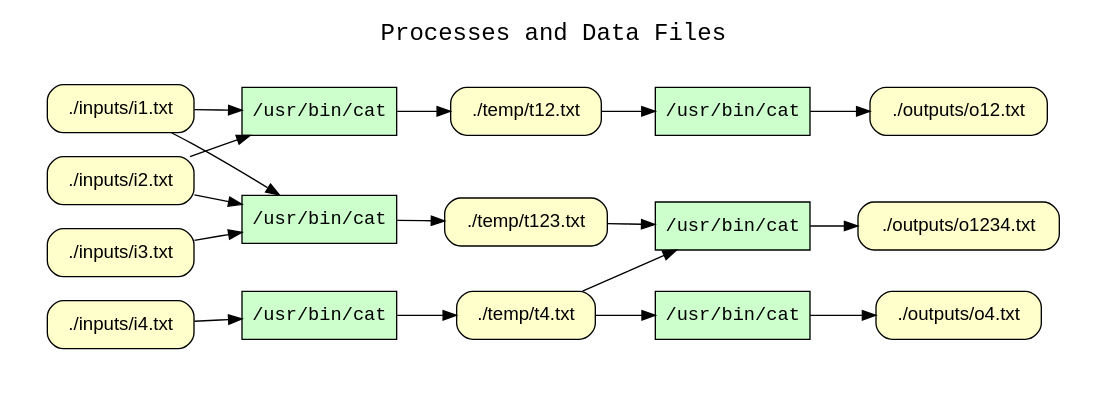
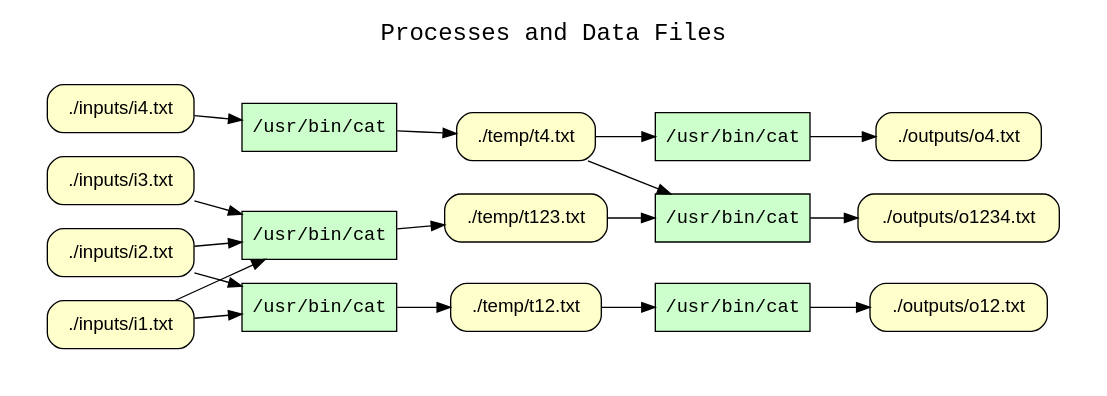
The diagram in examples/08-branched-pipeline/graphs.d/cpr_processes_and_data_files.dot (CIRSS/cpr), drawn with Graphviz before and after one commit. The commit also changed other lines of this file and 9 other files, not shown here.

```diff
--- a/examples/08-branched-pipeline/graphs.d/cpr_processes_and_data_files.dot
+++ b/examples/08-branched-pipeline/graphs.d/cpr_processes_and_data_files.dot
@@ -1,43 +1,43 @@
 
 digraph cpr_run {
 rankdir=LR
 fontname=Courier; fontsize=18; labelloc=t
 label="Processes and Data Files"
 subgraph cluster_inputs { label=""; color=white; penwidth=0
 subgraph cluster_inputs_inner { label=""; color=white
 node[shape=box style="filled" fillcolor="#CCFFCC" peripheries=1 fontname=Courier]
 "exe:e7" [label="/usr/bin/cat"]
 "exe:e6" [label="/usr/bin/cat"]
 "exe:e5" [label="/usr/bin/cat"]
 "exe:e4" [label="/usr/bin/cat"]
 "exe:e3" [label="/usr/bin/cat"]
 "exe:e2" [label="/usr/bin/cat"]
 node[shape=box style="rounded,filled" fillcolor="#FFFFCC" peripheries=1 fontname=Helvetica]
+"access:i20" [label="./inputs/i4.txt"]
+"access:i9" [label="./temp/t12.txt"]
+"access:i21" [label="./outputs/o12.txt"]
+"access:i22" [label="./outputs/o1234.txt"]
 "access:i15" [label="./inputs/i1.txt"]
 "access:i23" [label="./outputs/o4.txt"]
 "access:i16" [label="./inputs/i2.txt"]
 "access:i17" [label="./temp/t123.txt"]
 "access:i18" [label="./inputs/i3.txt"]
 "access:i19" [label="./temp/t4.txt"]
-"access:i20" [label="./inputs/i4.txt"]
-"access:i9" [label="./temp/t12.txt"]
-"access:i21" [label="./outputs/o12.txt"]
-"access:i22" [label="./outputs/o1234.txt"]
 "exe:e7" -> "access:i23"
 "exe:e6" -> "access:i22"
 "exe:e5" -> "access:i21"
 "exe:e4" -> "access:i19"
 "exe:e3" -> "access:i17"
 "exe:e2" -> "access:i9"
 "access:i19" -> "exe:e7"
 "access:i17" -> "exe:e6"
 "access:i19" -> "exe:e6"
 "access:i9" -> "exe:e5"
 "access:i20" -> "exe:e4"
 "access:i15" -> "exe:e3"
 "access:i16" -> "exe:e3"
 "access:i18" -> "exe:e3"
 "access:i15" -> "exe:e2"
 "access:i16" -> "exe:e2"
 }}
 }
```
